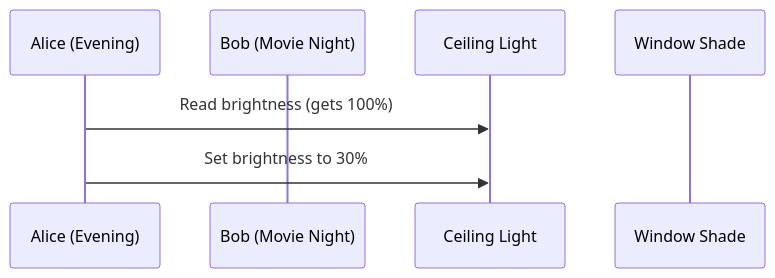
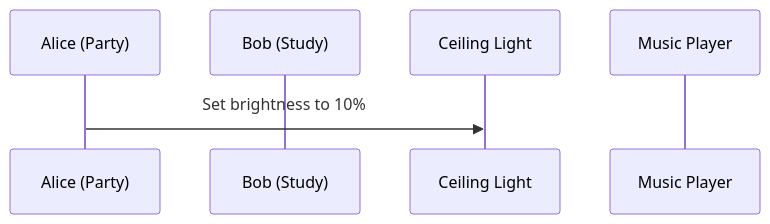
Before and after one commit to neu-pdi/CS3100-Spring-2026: the seventh of 13 diagrams in lecture-slides-spertus/l31-concurrency1.mdx, drawn with Mermaid. The commit also changed other lines of this file and 1 other file, not shown here.

````diff
--- a/lecture-slides-spertus/l31-concurrency1.mdx
+++ b/lecture-slides-spertus/l31-concurrency1.mdx
@@ -656,10 +674,9 @@
 ```mermaid
 sequenceDiagram
-    participant A as Alice (Evening)
-    participant B as Bob (Movie Night)
+    participant A as Alice (Party)
+    participant B as Bob (Study)
     participant Light as Ceiling Light
-    participant Shade as Window Shade
+    participant Music as Music Player
 
-    A->>Light: Read brightness (gets 100%)
-    A->>Light: Set brightness to 30%
+    A->>Light: Set brightness to 10%
 ```
````
